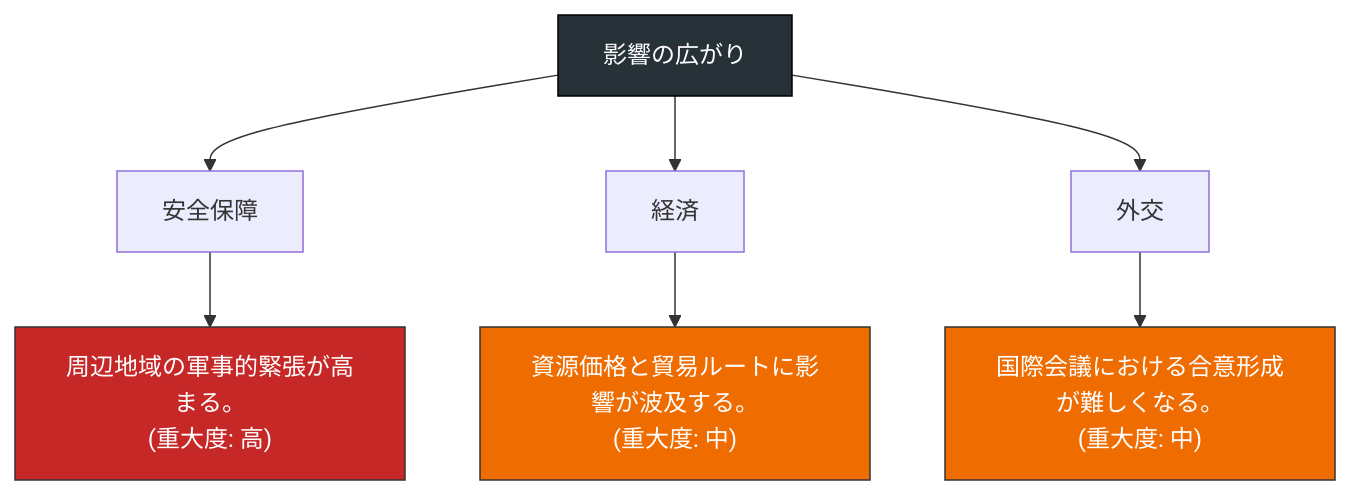
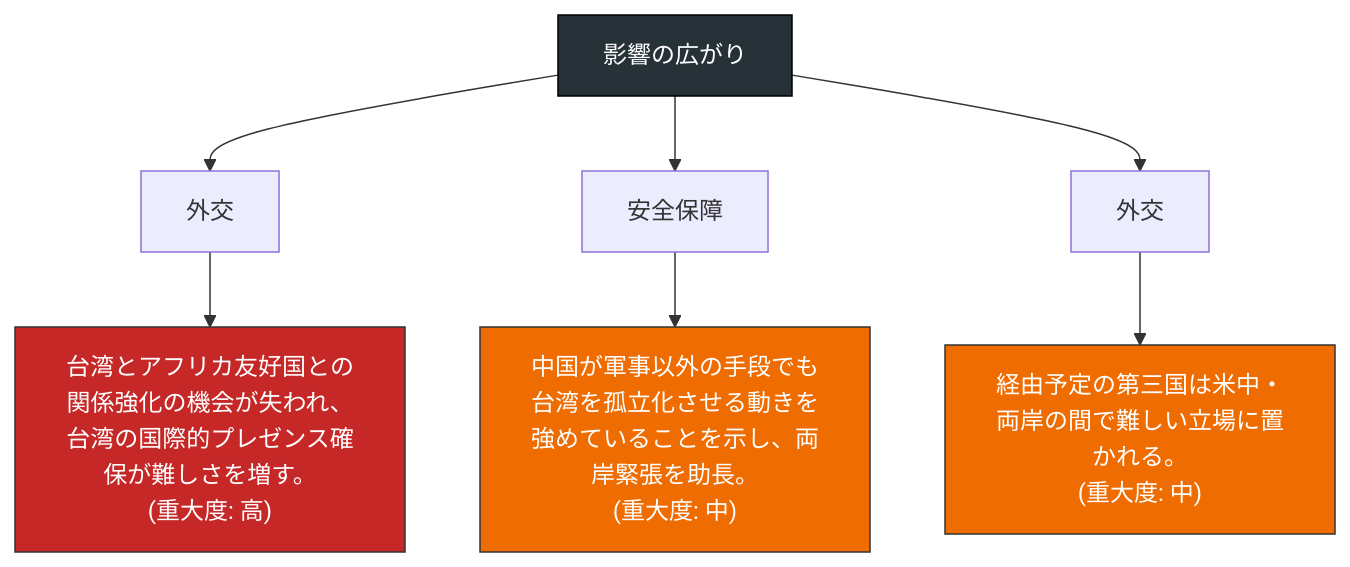
One commit to YUUUyutaro/tiseigaku changed diagram 13 of 25 in docs/reports/2026-04-22.md. Above: the diagram before and after it, drawn with Mermaid. The commit also changed other lines of this file and 3 other files, not shown here.

````diff
--- a/docs/reports/2026-04-22.md
+++ b/docs/reports/2026-04-22.md
@@ -145,17 +239,17 @@
 ```mermaid
 flowchart TB
   R["影響の広がり"]
-  D0["安全保障"]
-  I0["周辺地域の軍事的緊張が高まる。\n(重大度: 高)"]
+  D0["外交"]
+  I0["台湾とアフリカ友好国との関係強化の機会が失われ、台湾の国際的プレゼンス確保が難しさを増す。\n(重大度: 高)"]
   R --> D0 --> I0
   style I0 fill:#c62828,color:#fff,stroke:#333
-  D1["経済"]
-  I1["資源価格と貿易ルートに影響が波及する。\n(重大度: 中)"]
+  D1["安全保障"]
+  I1["中国が軍事以外の手段でも台湾を孤立化させる動きを強めていることを示し、両岸緊張を助長。\n(重大度: 中)"]
   R --> D1 --> I1
   style I1 fill:#ef6c00,color:#fff,stroke:#333
   D2["外交"]
-  I2["国際会議における合意形成が難しくなる。\n(重大度: 中)"]
+  I2["経由予定の第三国は米中・両岸の間で難しい立場に置かれる。\n(重大度: 中)"]
   R --> D2 --> I2
   style I2 fill:#ef6c00,color:#fff,stroke:#333
   style R fill:#263238,color:#fff,stroke:#000
 ```
````
